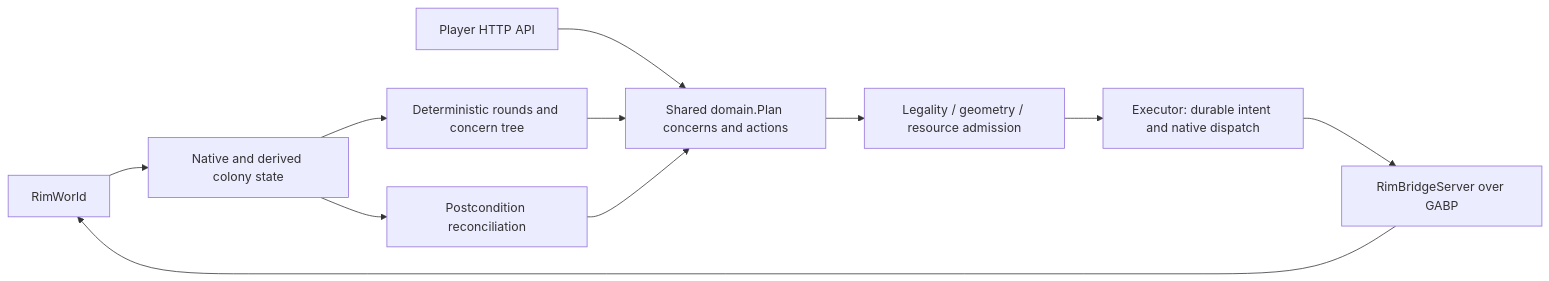
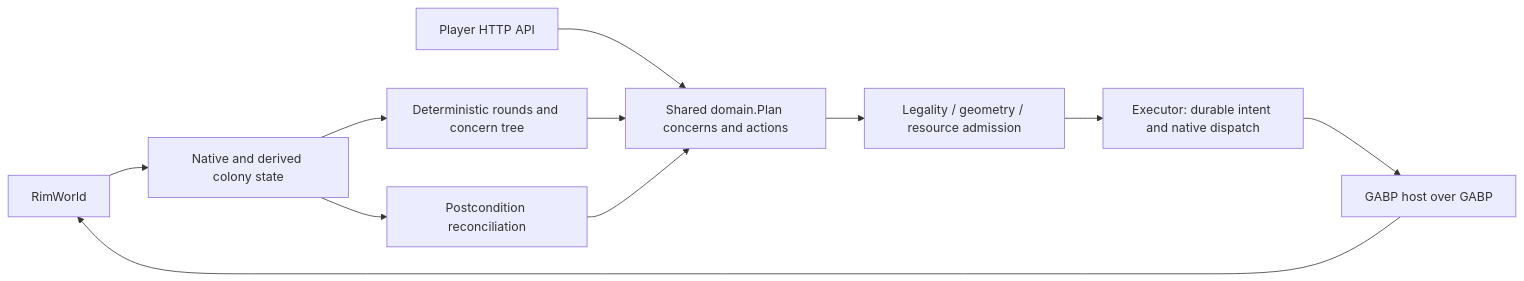
One commit to davidarcher/rimgovernor changed the diagram in docs/developers/source-map.md. Above: the diagram before and after it, drawn with Mermaid. The commit also changed other lines of this file and 313 other files, not shown here.

````diff
--- a/docs/developers/source-map.md
+++ b/docs/developers/source-map.md
@@ -9,13 +9,13 @@
 ```mermaid
 flowchart LR
     Game[RimWorld] --> Facts[Native and derived colony state]
     Facts --> Policy[Deterministic rounds and concern tree]
     Player[Player HTTP API] --> Plan[Shared domain.Plan concerns and actions]
     Policy --> Plan
     Plan --> Validate[Legality / geometry / resource admission]
     Validate --> Executor[Executor: durable intent and native dispatch]
-    Executor --> Bridge[RimBridgeServer over GABP]
+    Executor --> Bridge[GABP host over GABP]
     Bridge --> Game
     Facts --> Outcomes[Postcondition reconciliation]
     Outcomes --> Plan
 ```
````
